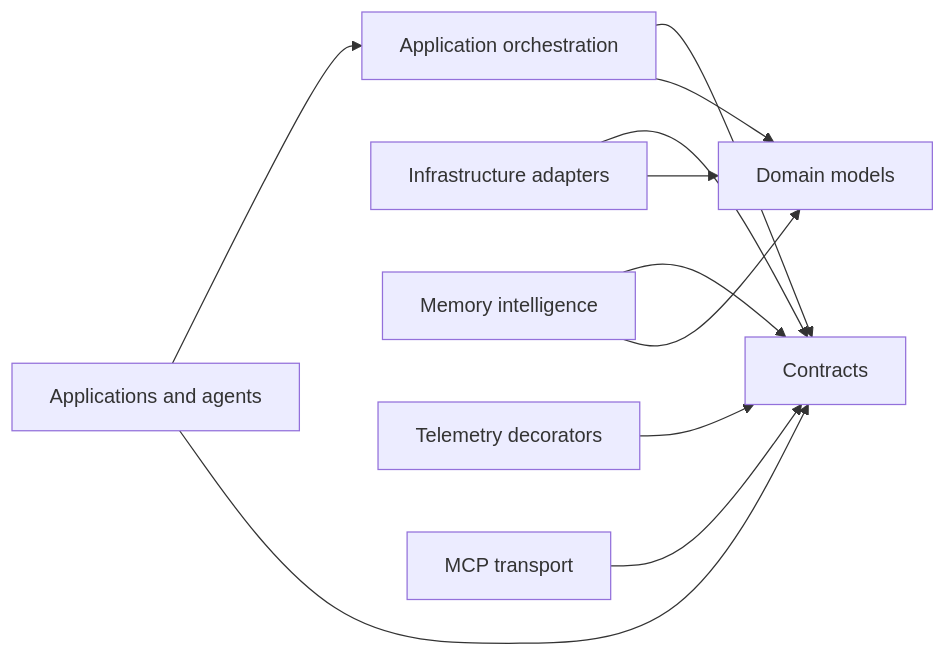
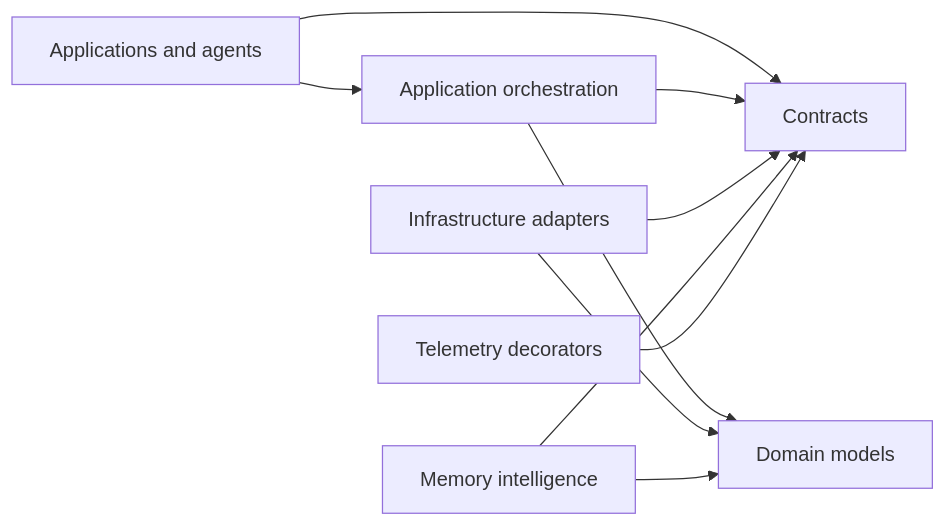
One commit to jihadkhawaja/mem0sharp changed the diagram in docs/architecture.md. Above: the diagram before and after it, drawn with Mermaid. The commit also changed other lines of this file and 30 other files, not shown here.

````diff
--- a/docs/architecture.md
+++ b/docs/architecture.md
@@ -9,13 +9,12 @@
 ```mermaid
 flowchart LR
     Consumers[Applications and agents] --> Application[Application orchestration]
     Consumers --> Contracts[Contracts]
     Application --> Contracts
     Application --> Domain[Domain models]
     Infrastructure[Infrastructure adapters] --> Contracts
     Infrastructure --> Domain
     Intelligence[Memory intelligence] --> Contracts
     Intelligence --> Domain
     Telemetry[Telemetry decorators] --> Contracts
-    Transport[MCP transport] --> Contracts
 ```
````
